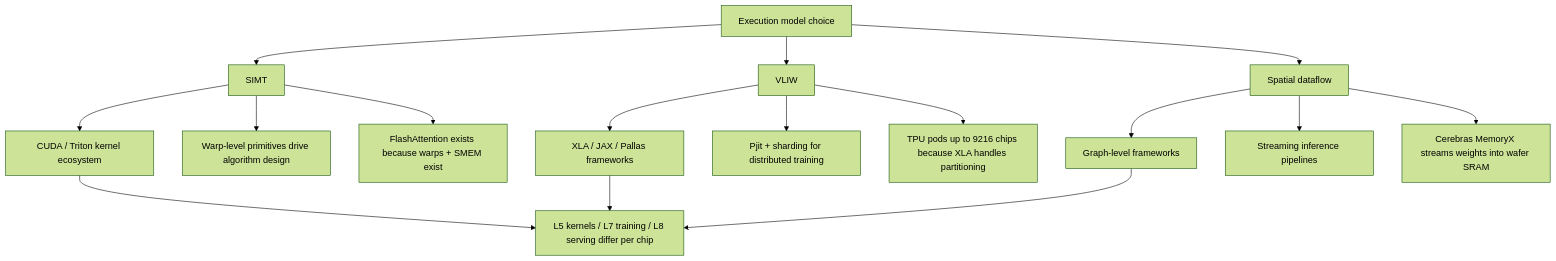
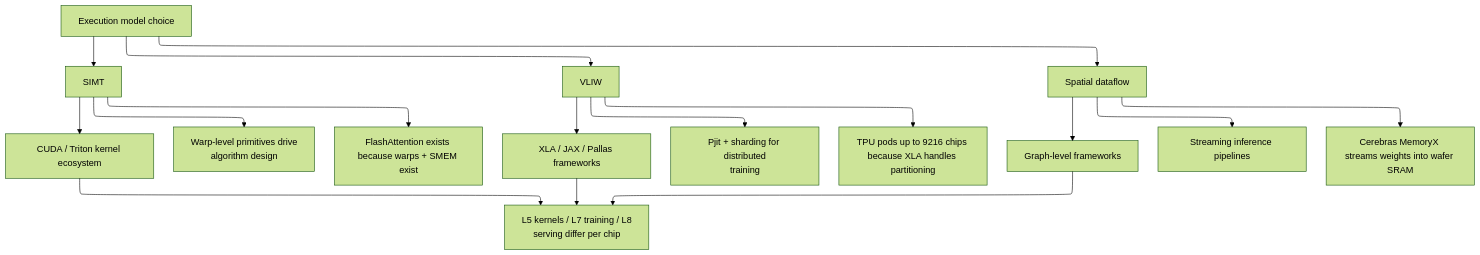
One commit to Wty2003328/ai_infra_intro changed the fifth of 5 diagrams in ai_infra/L3_Microarchitecture/ISA_and_Execution_Model.md. Above: the diagram before and after it, drawn with Mermaid (forest theme). The commit also changed other lines of this file and 108 other files, not shown here.

````diff
--- a/ai_infra/L3_Microarchitecture/ISA_and_Execution_Model.md
+++ b/ai_infra/L3_Microarchitecture/ISA_and_Execution_Model.md
@@ -235,20 +239,21 @@
 ```mermaid
+%%{init: {"flowchart": {"defaultRenderer": "elk", "nodeSpacing": 60, "rankSpacing": 60, "htmlLabels": false}}}%%
 flowchart TD
     EM[Execution model choice] --> A[SIMT]
     EM --> B[VLIW]
     EM --> C[Spatial dataflow]
 
     A --> A1[CUDA / Triton kernel ecosystem]
-    A --> A2[Warp-level primitives drive algorithm design]
+    A --> A2[Warp-level primitives drive<br/>algorithm design]
     A --> A3["FlashAttention exists because warps + SMEM exist"]
 
     B --> B1[XLA / JAX / Pallas frameworks]
-    B --> B2[Pjit + sharding for distributed training]
+    B --> B2[Pjit + sharding for distributed<br/>training]
     B --> B3["TPU pods up to 9216 chips because XLA handles partitioning"]
 
     C --> C1[Graph-level frameworks]
     C --> C2[Streaming inference pipelines]
     C --> C3["Cerebras MemoryX streams weights into wafer SRAM"]
 
-    A1 & B1 & C1 --> D[L5 kernels / L7 training / L8 serving differ per chip]
+    A1 & B1 & C1 --> D[L5 kernels / L7 training / L8<br/>serving differ per chip]
 ```
````
